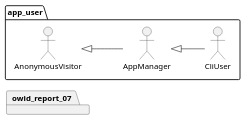
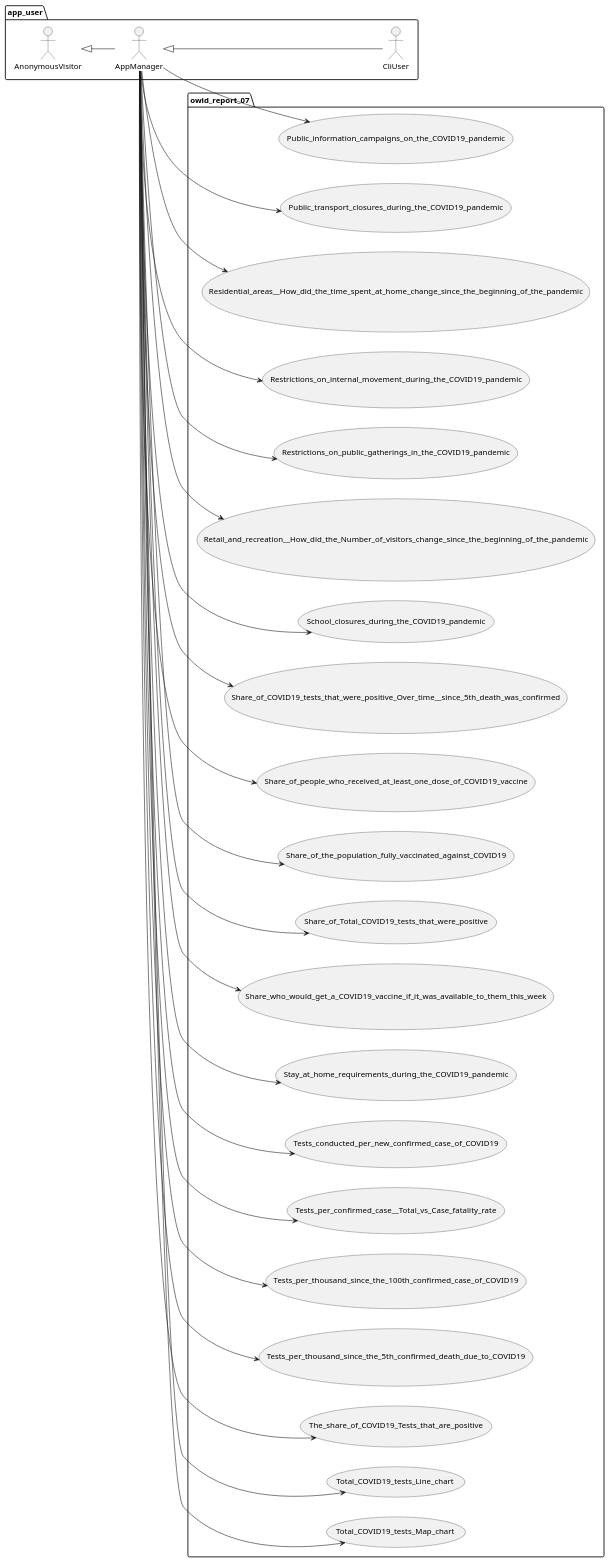
One commit to thomaswoehlke/flask_covid19 changed the diagram in docs/uml/data_owid__use_cases__visual_data/owid_use_cases_visual_data_07.puml. Above: the diagram before and after it, drawn with PlantUML. The commit also changed 3 other files, not shown here.

```diff
--- a/docs/uml/data_owid__use_cases__visual_data/owid_use_cases_visual_data_07.puml
+++ b/docs/uml/data_owid__use_cases__visual_data/owid_use_cases_visual_data_07.puml
@@ -1,17 +1,56 @@
 @startuml
 left to right direction
 
 package app_user {
 	actor AnonymousVisitor as av
 	actor AppManager as am
 	actor CliUser as cu
 
 	av <|-- am
 	am <|-- cu
 }
 
 package owid_report_07 {
-
+    usecase Public_information_campaigns_on_the_COVID19_pandemic as UC320
+    usecase Public_transport_closures_during_the_COVID19_pandemic as UC321
+    usecase Residential_areas__How_did_the_time_spent_at_home_change_since_the_beginning_of_the_pandemic as UC322
+    usecase Restrictions_on_internal_movement_during_the_COVID19_pandemic as UC323
+    usecase Restrictions_on_public_gatherings_in_the_COVID19_pandemic as UC324
+    usecase Retail_and_recreation__How_did_the_Number_of_visitors_change_since_the_beginning_of_the_pandemic as UC325
+    usecase School_closures_during_the_COVID19_pandemic as UC326
+    usecase Share_of_COVID19_tests_that_were_positive_Over_time__since_5th_death_was_confirmed as UC327
+    usecase Share_of_people_who_received_at_least_one_dose_of_COVID19_vaccine as UC328
+    usecase Share_of_the_population_fully_vaccinated_against_COVID19 as UC329
+    usecase Share_of_Total_COVID19_tests_that_were_positive as UC330
+    usecase Share_who_would_get_a_COVID19_vaccine_if_it_was_available_to_them_this_week as UC331
+    usecase Stay_at_home_requirements_during_the_COVID19_pandemic as UC332
+    usecase Tests_conducted_per_new_confirmed_case_of_COVID19 as UC333
+    usecase Tests_per_confirmed_case__Total_vs_Case_fatality_rate as UC334
+    usecase Tests_per_thousand_since_the_100th_confirmed_case_of_COVID19 as UC335
+    usecase Tests_per_thousand_since_the_5th_confirmed_death_due_to_COVID19 as UC336
+    usecase The_share_of_COVID19_Tests_that_are_positive as UC337
+    usecase Total_COVID19_tests_Line_chart as UC338
+    usecase Total_COVID19_tests_Map_chart as UC339
 }
+am --> UC320
+am --> UC321
+am --> UC322
+am --> UC323
+am --> UC324
+am --> UC325
+am --> UC326
+am --> UC327
+am --> UC328
+am --> UC329
+am --> UC330
+am --> UC331
+am --> UC332
+am --> UC333
+am --> UC334
+am --> UC335
+am --> UC336
+am --> UC337
+am --> UC338
+am --> UC339
 
 @enduml
```
